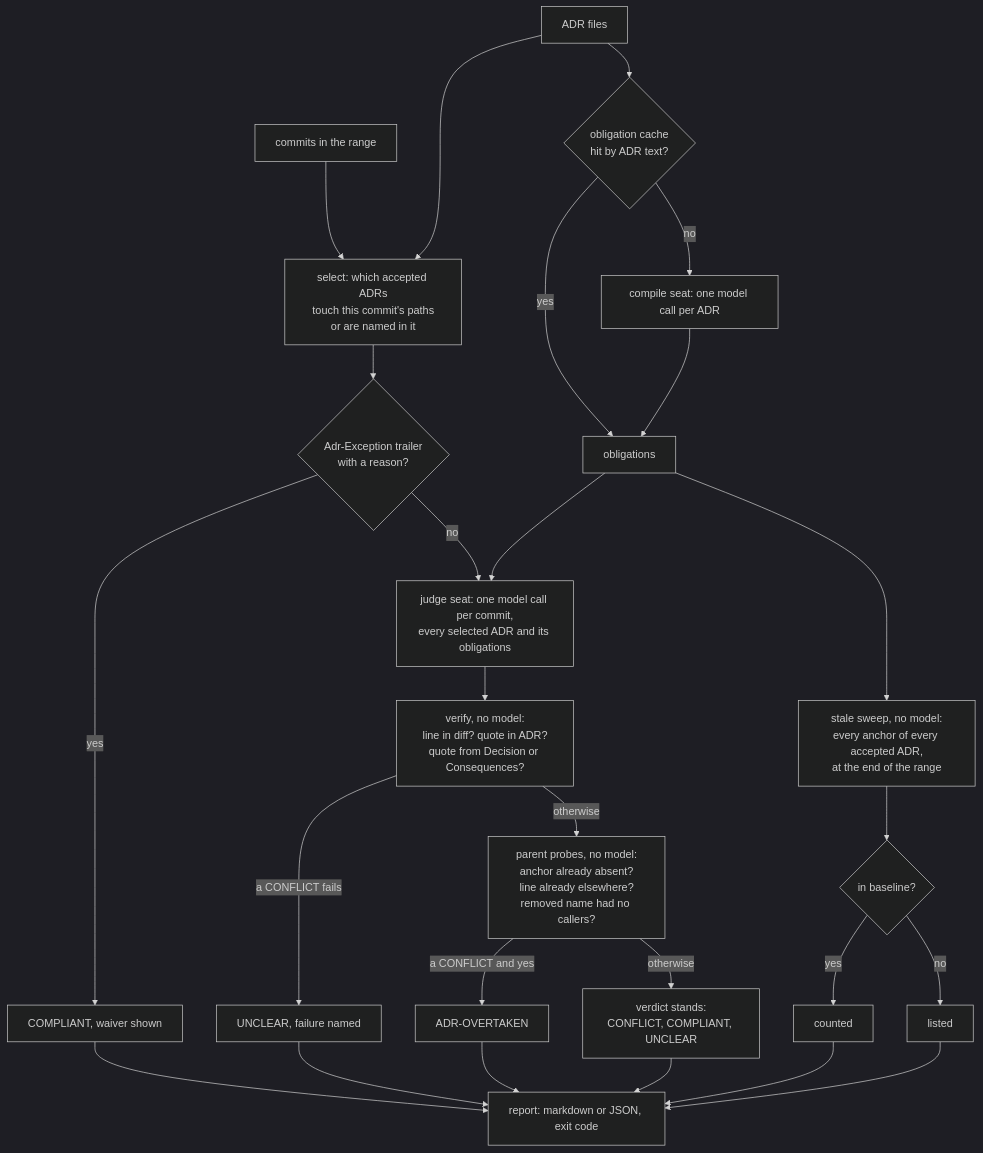
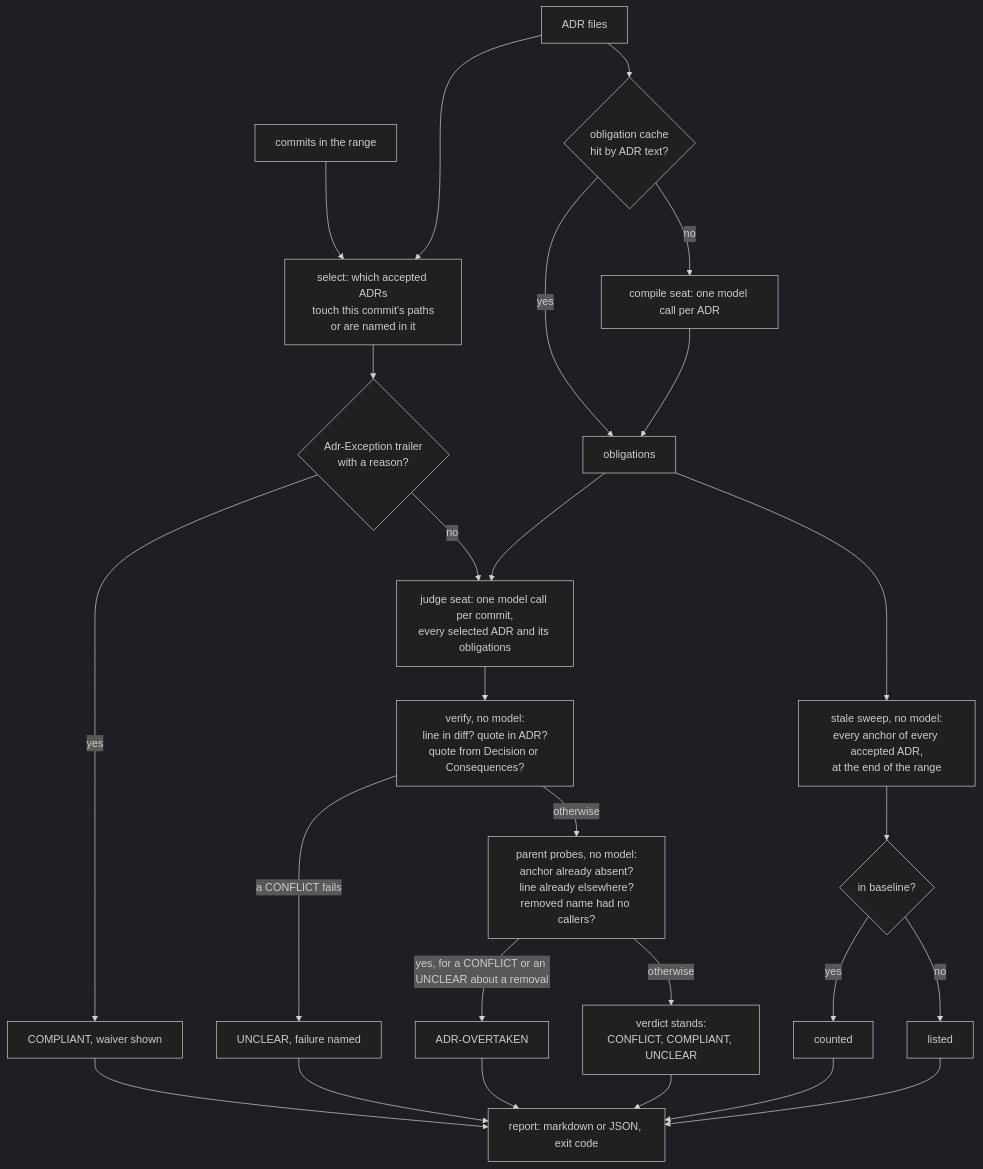
One commit to kevin-burns/adrcheck changed the first of 2 diagrams in docs/workflow.md. Above: the diagram before and after it, drawn with Mermaid (dark theme). The commit also changed other lines of this file and 26 other files, not shown here.

````diff
--- a/docs/workflow.md
+++ b/docs/workflow.md
@@ -8,27 +8,27 @@
 ```mermaid
 flowchart TD
     A[ADR files] --> S[select: which accepted ADRs<br/>touch this commit's paths<br/>or are named in it]
     C[commits in the range] --> S
     A --> K{obligation cache<br/>hit by ADR text?}
     K -- yes --> O[obligations]
     K -- no --> M1[compile seat: one model call per ADR] --> O
     S --> X0{Adr-Exception trailer<br/>with a reason?}
     X0 -- yes --> WV[COMPLIANT, waiver shown]
     X0 -- no --> J[judge seat: one model call per commit,<br/>every selected ADR and its obligations]
     O --> J
     J --> V[verify, no model:<br/>line in diff? quote in ADR?<br/>quote from Decision or Consequences?]
     V -- a CONFLICT fails --> U[UNCLEAR, failure named]
     V -- otherwise --> P[parent probes, no model:<br/>anchor already absent?<br/>line already elsewhere?<br/>removed name had no callers?]
-    P -- a CONFLICT and yes --> T[ADR-OVERTAKEN]
+    P -- yes, for a CONFLICT or an UNCLEAR about a removal --> T[ADR-OVERTAKEN]
     P -- otherwise --> R[verdict stands:<br/>CONFLICT, COMPLIANT, UNCLEAR]
     O --> W[stale sweep, no model:<br/>every anchor of every accepted ADR,<br/>at the end of the range]
     W --> B{in baseline?}
     B -- yes --> Bc[counted]
     B -- no --> Bl[listed]
     U --> X[report: markdown or JSON, exit code]
     WV --> X
     T --> X
     R --> X
     Bc --> X
     Bl --> X
 ```
````
